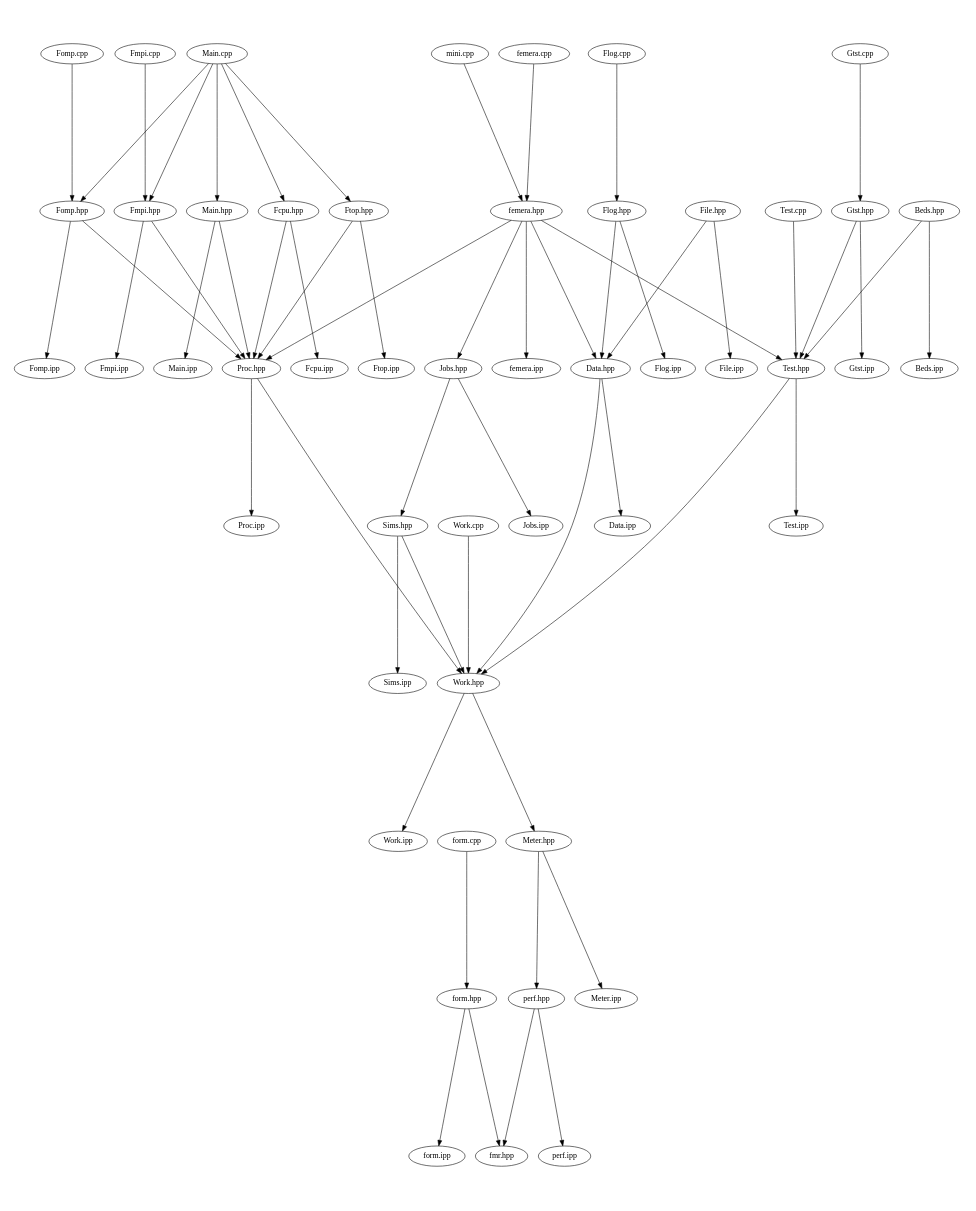
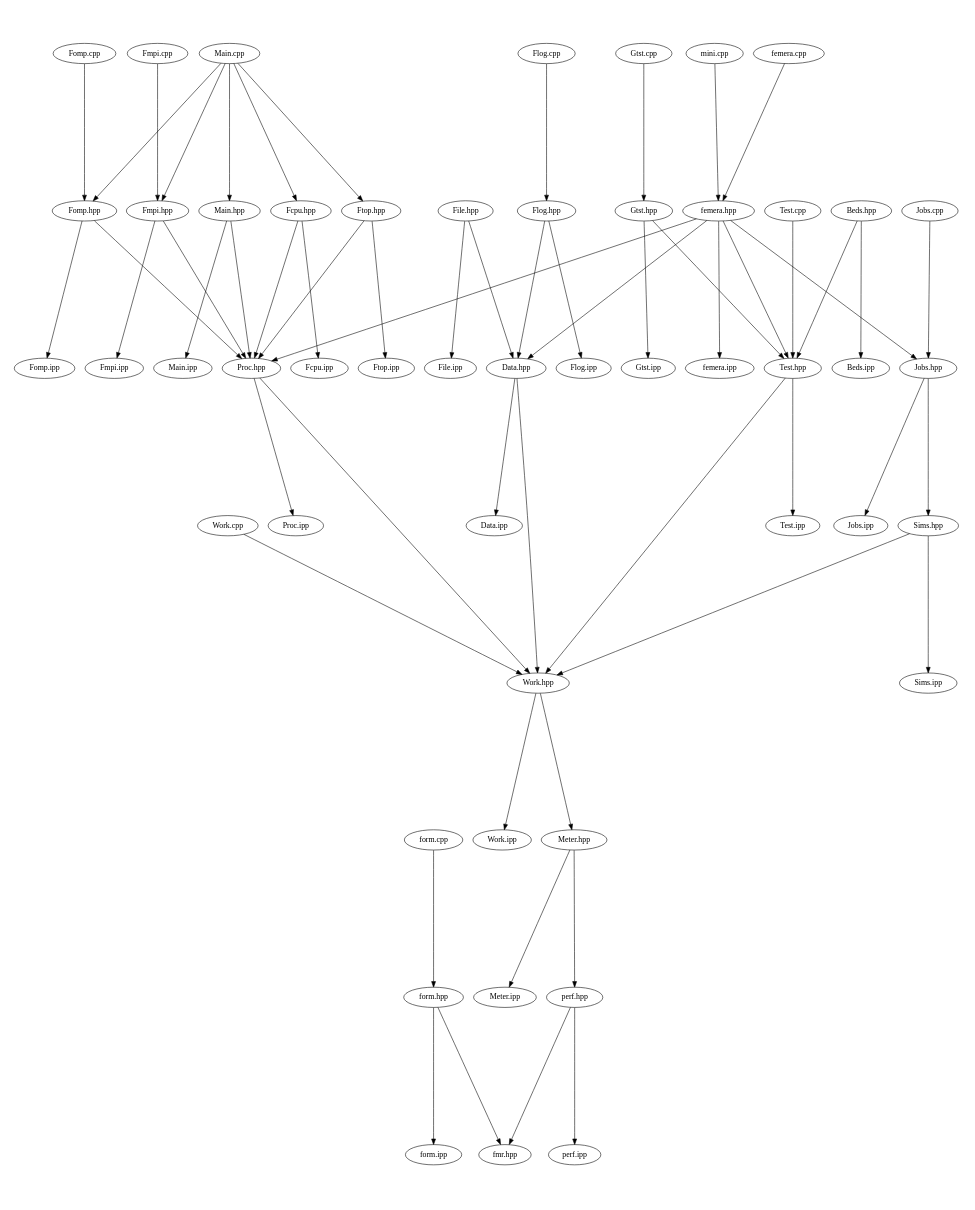
The diagram in src/docs/src-notest.dot (waggyz/femera-mini-app), drawn with Graphviz before and after one commit. The commit also changed 8 other files, not shown here.

```diff
--- a/src/docs/src-notest.dot
+++ b/src/docs/src-notest.dot
@@ -1,63 +1,64 @@
 digraph "source tree" {
     overlap=scale;
     size="8,10";
     ratio="fill";
     fontsize="16";
     fontname="Helvetica";
 	clusterrank="local";
 	"femera.hpp" -> "Jobs.hpp"
 	"Meter.hpp" -> "perf.hpp"
 	"Main.cpp" -> "Fomp.hpp"
 	"Sims.hpp" -> "Work.hpp"
 	"femera.cpp" -> "femera.hpp"
 	"Fmpi.hpp" -> "Fmpi.ipp"
 	"Sims.hpp" -> "Sims.ipp"
 	"Jobs.hpp" -> "Jobs.ipp"
 	"Fomp.cpp" -> "Fomp.hpp"
 	"femera.hpp" -> "Proc.hpp"
 	"Main.cpp" -> "Main.hpp"
 	"Proc.hpp" -> "Proc.ipp"
 	"Main.cpp" -> "Fmpi.hpp"
 	"Main.cpp" -> "Fcpu.hpp"
 	"Ftop.hpp" -> "Ftop.ipp"
 	"perf.hpp" -> "fmr.hpp"
 	"Data.hpp" -> "Data.ipp"
 	"Work.hpp" -> "Work.ipp"
 	"Main.cpp" -> "Ftop.hpp"
 	"Fmpi.hpp" -> "Proc.hpp"
 	"Test.hpp" -> "Work.hpp"
 	"form.hpp" -> "form.ipp"
 	"Gtst.cpp" -> "Gtst.hpp"
 	"femera.hpp" -> "femera.ipp"
 	"Fcpu.hpp" -> "Proc.hpp"
 	"Fomp.hpp" -> "Proc.hpp"
 	"Flog.hpp" -> "Data.hpp"
 	"File.hpp" -> "File.ipp"
 	"Meter.hpp" -> "Meter.ipp"
 	"Fomp.hpp" -> "Fomp.ipp"
 	"Gtst.hpp" -> "Gtst.ipp"
 	"form.cpp" -> "form.hpp"
 	"perf.hpp" -> "perf.ipp"
 	"Fmpi.cpp" -> "Fmpi.hpp"
 	"Fcpu.hpp" -> "Fcpu.ipp"
 	"Work.cpp" -> "Work.hpp"
 	"Main.hpp" -> "Main.ipp"
 	"Test.cpp" -> "Test.hpp"
 	"Jobs.hpp" -> "Sims.hpp"
 	"femera.hpp" -> "Test.hpp"
+	"Jobs.cpp" -> "Jobs.hpp"
 	"Ftop.hpp" -> "Proc.hpp"
 	"File.hpp" -> "Data.hpp"
 	"mini.cpp" -> "femera.hpp"
 	"Beds.hpp" -> "Test.hpp"
 	"Proc.hpp" -> "Work.hpp"
 	"form.hpp" -> "fmr.hpp"
 	"Gtst.hpp" -> "Test.hpp"
 	"Flog.cpp" -> "Flog.hpp"
 	"Data.hpp" -> "Work.hpp"
 	"femera.hpp" -> "Data.hpp"
 	"Beds.hpp" -> "Beds.ipp"
 	"Work.hpp" -> "Meter.hpp"
 	"Main.hpp" -> "Proc.hpp"
 	"Flog.hpp" -> "Flog.ipp"
 	"Test.hpp" -> "Test.ipp"
 }
```
